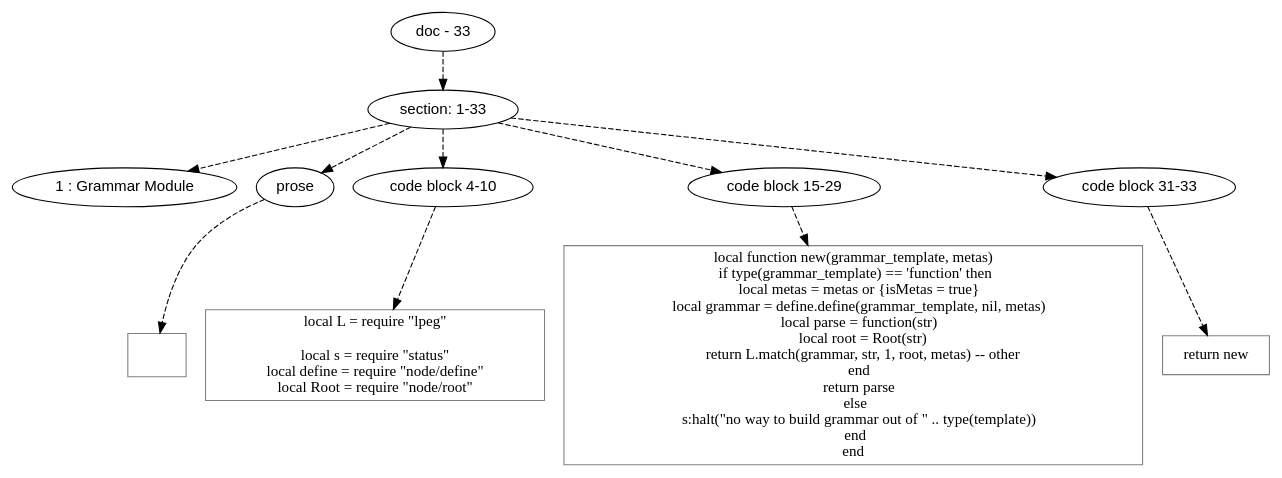
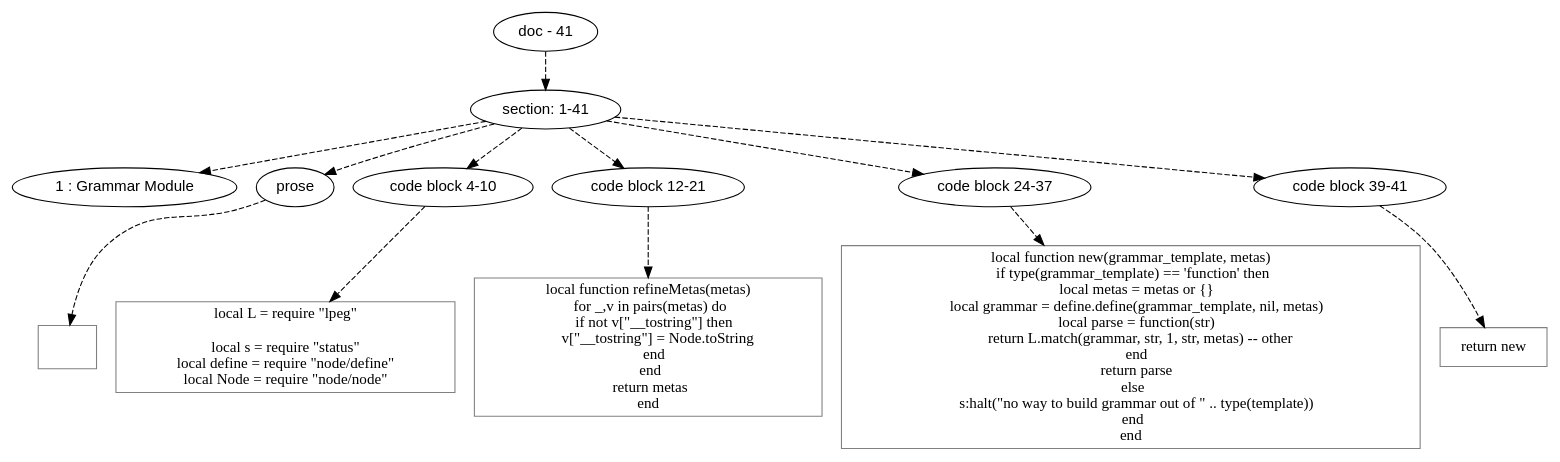
One commit to mnemnion/orb changed the diagram in doc/dot/node/grammar.dot. Above: the diagram before and after it, drawn with Graphviz. The commit also changed 9 other files, not shown here.

Commit message:
Rational constructor sequence

```diff
--- a/doc/dot/node/grammar.dot
+++ b/doc/dot/node/grammar.dot
@@ -1,56 +1,66 @@
 digraph hierarchy {
 
 node [fontname=Helvetica]
 edge [style=dashed]
 
-doc_0 [label="doc - 33"]
+doc_0 [label="doc - 41"]
 
 
 doc_0 -> { section_1}
 {rank=same; section_1}
 
-section_1 [label="section: 1-33"]
+section_1 [label="section: 1-41"]
 
 
-section_1 -> { header_2 prose_3 codeblock_4 codeblock_5 codeblock_6}
-{rank=same; header_2 prose_3 codeblock_4 codeblock_5 codeblock_6}
+section_1 -> { header_2 prose_3 codeblock_4 codeblock_5 codeblock_6 codeblock_7}
+{rank=same; header_2 prose_3 codeblock_4 codeblock_5 codeblock_6 codeblock_7}
 
 header_2 [label="1 : Grammar Module"]
 
 prose_3 [label="prose"]
 
 codeblock_4 [label="code block 4-10"]
 
-codeblock_5 [label="code block 15-29"]
+codeblock_5 [label="code block 12-21"]
 
-codeblock_6 [label="code block 31-33"]
+codeblock_6 [label="code block 24-37"]
+
+codeblock_7 [label="code block 39-41"]
 
 
-prose_3 -> leaf_7
-leaf_7  [color=Gray,shape=rectangle,fontname=Inconsolata,label="
+prose_3 -> leaf_8
+leaf_8  [color=Gray,shape=rectangle,fontname=Inconsolata,label="
 
 "]
-codeblock_4 -> leaf_8
-leaf_8  [color=Gray,shape=rectangle,fontname=Inconsolata,label="local L = require \"lpeg\"
+codeblock_4 -> leaf_9
+leaf_9  [color=Gray,shape=rectangle,fontname=Inconsolata,label="local L = require \"lpeg\"
 
 local s = require \"status\" 
 local define = require \"node/define\"
-local Root = require \"node/root\""]
-codeblock_5 -> leaf_9
-leaf_9  [color=Gray,shape=rectangle,fontname=Inconsolata,label="local function new(grammar_template, metas)
+local Node = require \"node/node\""]
+codeblock_5 -> leaf_10
+leaf_10  [color=Gray,shape=rectangle,fontname=Inconsolata,label="local function refineMetas(metas)
+  for _,v in pairs(metas) do
+    if not v[\"__tostring\"] then
+      v[\"__tostring\"] = Node.toString
+    end
+  end
+  return metas
+end"]
+codeblock_6 -> leaf_11
+leaf_11  [color=Gray,shape=rectangle,fontname=Inconsolata,label="local function new(grammar_template, metas)
   if type(grammar_template) == 'function' then
-    local metas = metas or {isMetas = true}
+    local metas = metas or {}
     local grammar = define.define(grammar_template, nil, metas)
     local parse = function(str)
-      local root = Root(str)
-      return L.match(grammar, str, 1, root, metas) -- other 
+      return L.match(grammar, str, 1, str, metas) -- other 
     end
     return parse
   else
     s:halt(\"no way to build grammar out of \" .. type(template))
   end
 end"]
-codeblock_6 -> leaf_10
-leaf_10  [color=Gray,shape=rectangle,fontname=Inconsolata,label="return new"]
+codeblock_7 -> leaf_12
+leaf_12  [color=Gray,shape=rectangle,fontname=Inconsolata,label="return new"]
 
 }
```
